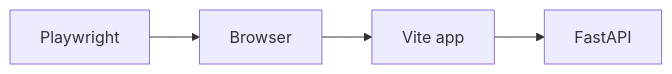
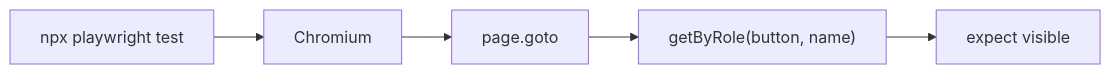
One commit to SuperPower-ai/StackOneRTM changed the diagram in textbook/month-14/week-04/day-01.md. Above: the diagram before and after it, drawn with Mermaid. The commit also changed other lines of this file and 239 other files, not shown here.

````diff
--- a/textbook/month-14/week-04/day-01.md
+++ b/textbook/month-14/week-04/day-01.md
@@ -19,6 +29,7 @@
 ```mermaid
 flowchart LR
-  PW[Playwright] --> B[Browser]
-  B --> UI[Vite app]
-  UI --> API[FastAPI]
+  T[npx playwright test] --> B[Chromium]
+  B --> P[page.goto]
+  P --> L["getByRole(button, name)"]
+  L --> E[expect visible]
 ```
````
